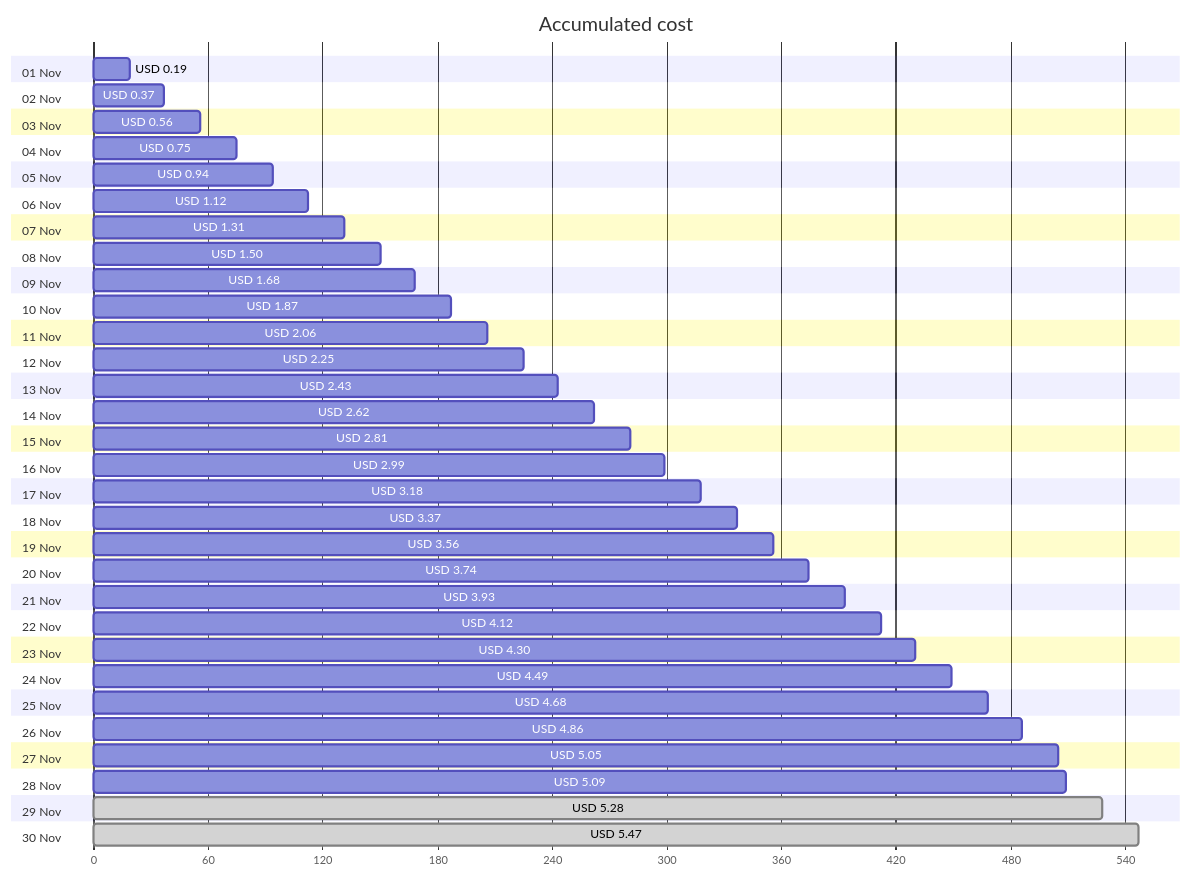
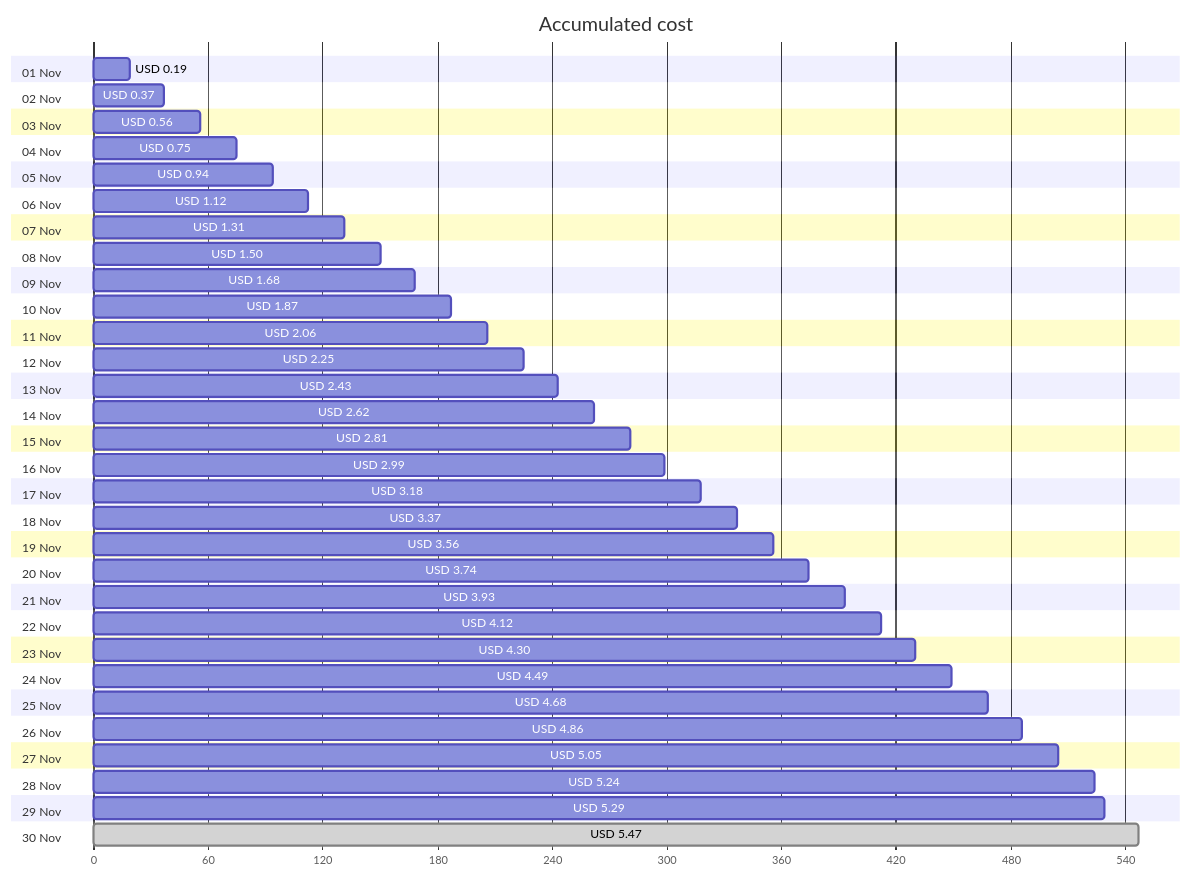
Before and after one commit to jpfulton/azure-personal-reports: the first of 4 diagrams in cost-reports/personal-network/backup-server.md, drawn with Mermaid. The commit also changed other lines of this file and 8 other files, not shown here.

````diff
--- a/cost-reports/personal-network/backup-server.md
+++ b/cost-reports/personal-network/backup-server.md
@@ -20,66 +20,66 @@
 ```mermaid
 gantt
    title Accumulated cost
    dateFormat  X
    axisFormat %s
    section 01 Nov
    USD 0.19 :0, 19
    section 02 Nov
    USD 0.37 :0, 37
    section 03 Nov
    USD 0.56 :0, 56
    section 04 Nov
    USD 0.75 :0, 75
    section 05 Nov
    USD 0.94 :0, 94
    section 06 Nov
    USD 1.12 :0, 112
    section 07 Nov
    USD 1.31 :0, 131
    section 08 Nov
    USD 1.50 :0, 150
    section 09 Nov
    USD 1.68 :0, 168
    section 10 Nov
    USD 1.87 :0, 187
    section 11 Nov
    USD 2.06 :0, 206
    section 12 Nov
    USD 2.25 :0, 225
    section 13 Nov
    USD 2.43 :0, 243
    section 14 Nov
    USD 2.62 :0, 262
    section 15 Nov
    USD 2.81 :0, 281
    section 16 Nov
    USD 2.99 :0, 299
    section 17 Nov
    USD 3.18 :0, 318
    section 18 Nov
    USD 3.37 :0, 337
    section 19 Nov
    USD 3.56 :0, 356
    section 20 Nov
    USD 3.74 :0, 374
    section 21 Nov
    USD 3.93 :0, 393
    section 22 Nov
    USD 4.12 :0, 412
    section 23 Nov
    USD 4.30 :0, 430
    section 24 Nov
    USD 4.49 :0, 449
    section 25 Nov
    USD 4.68 :0, 468
    section 26 Nov
    USD 4.86 :0, 486
    section 27 Nov
    USD 5.05 :0, 505
    section 28 Nov
-   USD 5.09 :0, 509
+   USD 5.24 :0, 524
    section 29 Nov
-   USD 5.28 : done, 0, 528
+   USD 5.29 :0, 529
    section 30 Nov
    USD 5.47 : done, 0, 547
 ```
````
